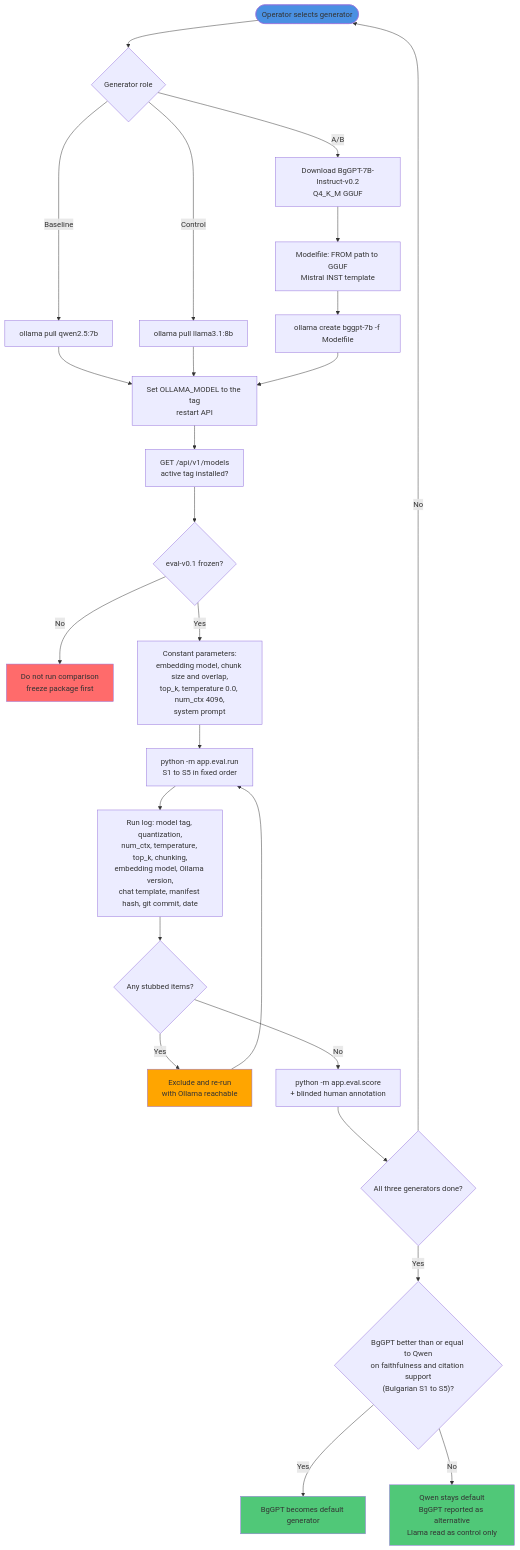
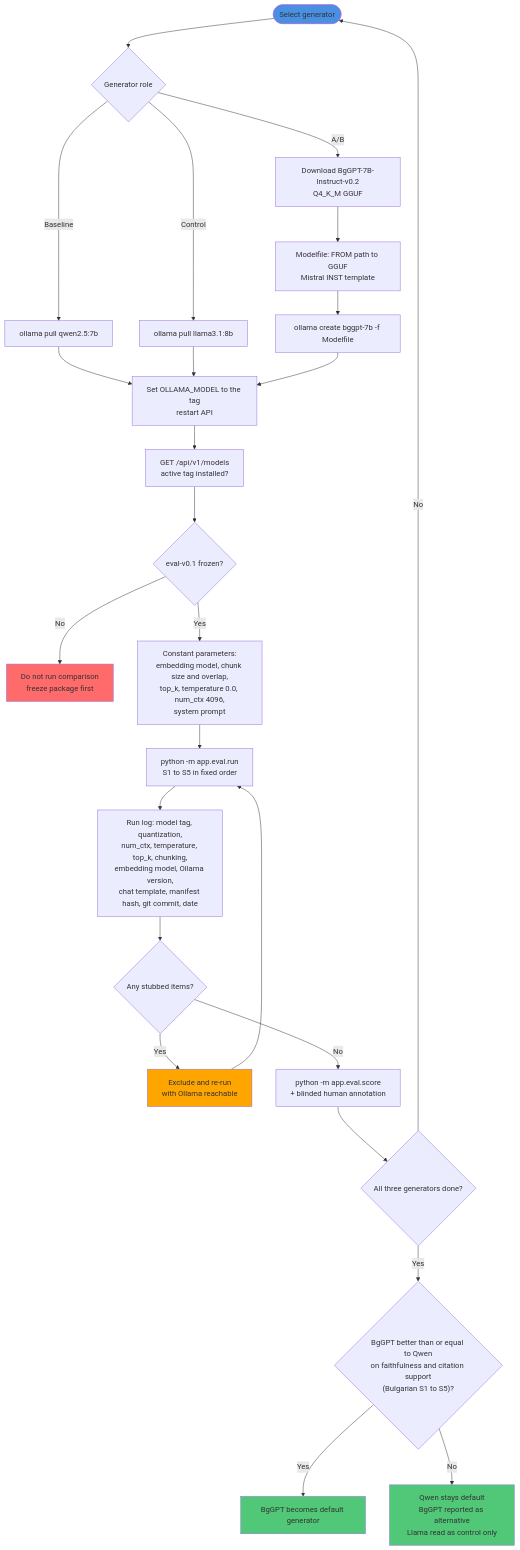
One commit to mdimitrov1298/Legal-Document-Assistant changed diagram 14 of 16 in docs/architecture-diagrams.md. Above: the diagram before and after it, drawn with Mermaid. The commit also changed other lines of this file and 9 other files, not shown here.

````diff
--- a/docs/architecture-diagrams.md
+++ b/docs/architecture-diagrams.md
@@ -608,33 +608,33 @@
 ```mermaid
 flowchart TD
-    Start([Operator selects generator]) --> Which{Generator role}
+    Start([Select generator]) --> Which{Generator role}
     Which -->|Baseline| Qwen[ollama pull qwen2.5:7b]
     Which -->|Control| Llama[ollama pull llama3.1:8b]
     Which -->|A/B| GGUF[Download BgGPT-7B-Instruct-v0.2<br/>Q4_K_M GGUF]
     GGUF --> Modelfile[Modelfile: FROM path to GGUF<br/>Mistral INST template]
     Modelfile --> Create[ollama create bggpt-7b -f Modelfile]
     Qwen --> SetEnv[Set OLLAMA_MODEL to the tag<br/>restart API]
     Llama --> SetEnv
     Create --> SetEnv
     SetEnv --> Check[GET /api/v1/models<br/>active tag installed?]
     Check --> Frozen{eval-v0.1 frozen?}
     Frozen -->|No| Stop[Do not run comparison<br/>freeze package first]
     Frozen -->|Yes| Const[Constant parameters:<br/>embedding model, chunk size and overlap,<br/>top_k, temperature 0.0, num_ctx 4096,<br/>system prompt]
     Const --> Run[python -m app.eval.run<br/>S1 to S5 in fixed order]
     Run --> Log[Run log: model tag, quantization,<br/>num_ctx, temperature, top_k, chunking,<br/>embedding model, Ollama version,<br/>chat template, manifest hash, git commit, date]
     Log --> StubCheck{Any stubbed items?}
     StubCheck -->|Yes| Rerun[Exclude and re-run<br/>with Ollama reachable]
     Rerun --> Run
     StubCheck -->|No| Score[python -m app.eval.score<br/>+ blinded human annotation]
     Score --> AllDone{All three generators done?}
     AllDone -->|No| Start
     AllDone -->|Yes| Rule{"BgGPT better than or equal to Qwen<br/>on faithfulness and citation support<br/>(Bulgarian S1 to S5)?"}
     Rule -->|Yes| BgDefault[BgGPT becomes default generator]
     Rule -->|No| QwenDefault[Qwen stays default<br/>BgGPT reported as alternative<br/>Llama read as control only]
 
     style Start fill:#4a90e2
     style BgDefault fill:#50c878
     style QwenDefault fill:#50c878
     style Stop fill:#ff6b6b
     style Rerun fill:#ffa500
 ```
````
